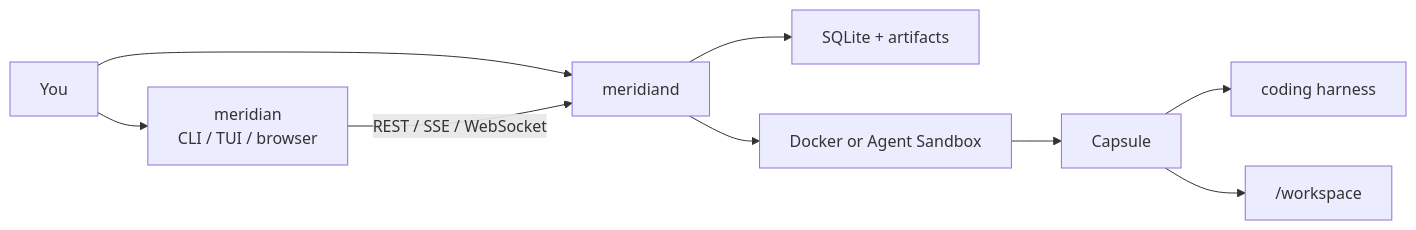
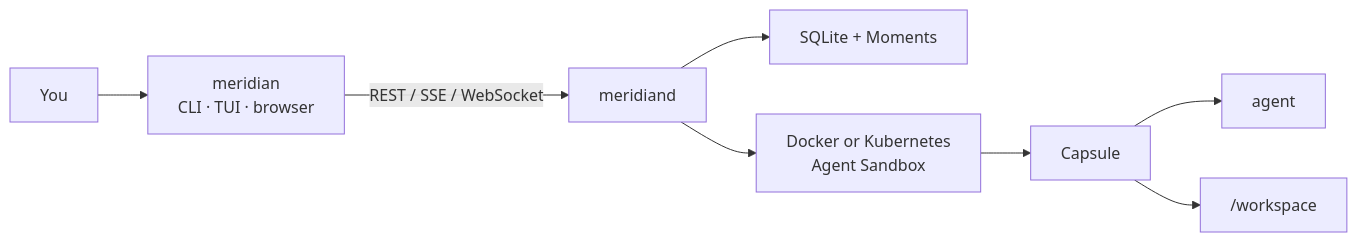
Before and after one commit to OrlojHQ/meridian: the diagram in README.md, drawn with Mermaid. The commit also changed other lines of this file, not shown here.

First line of the commit message:
Rewrite the README around what Meridian does for its users.

````diff
--- a/README.md
+++ b/README.md
@@ -64,11 +106,10 @@
 ```mermaid
 flowchart LR
-    You["You"] --> Client["meridian<br/>CLI / TUI / browser"]
-    You --> Daemon["meridiand"]
-    Client -->|"REST / SSE / WebSocket"| Daemon
-    Daemon --> Store["SQLite + artifacts"]
-    Daemon --> Provider["Docker or Agent Sandbox"]
+    You["You"] --> Client["meridian<br/>CLI · TUI · browser"]
+    Client -->|"REST / SSE / WebSocket"| Daemon["meridiand"]
+    Daemon --> Store["SQLite + Moments"]
+    Daemon --> Provider["Docker or Kubernetes<br/>Agent Sandbox"]
     Provider --> Capsule["Capsule"]
-    Capsule --> Harness["coding harness"]
+    Capsule --> Agent["agent"]
     Capsule --> Workspace["/workspace"]
 ```
````
